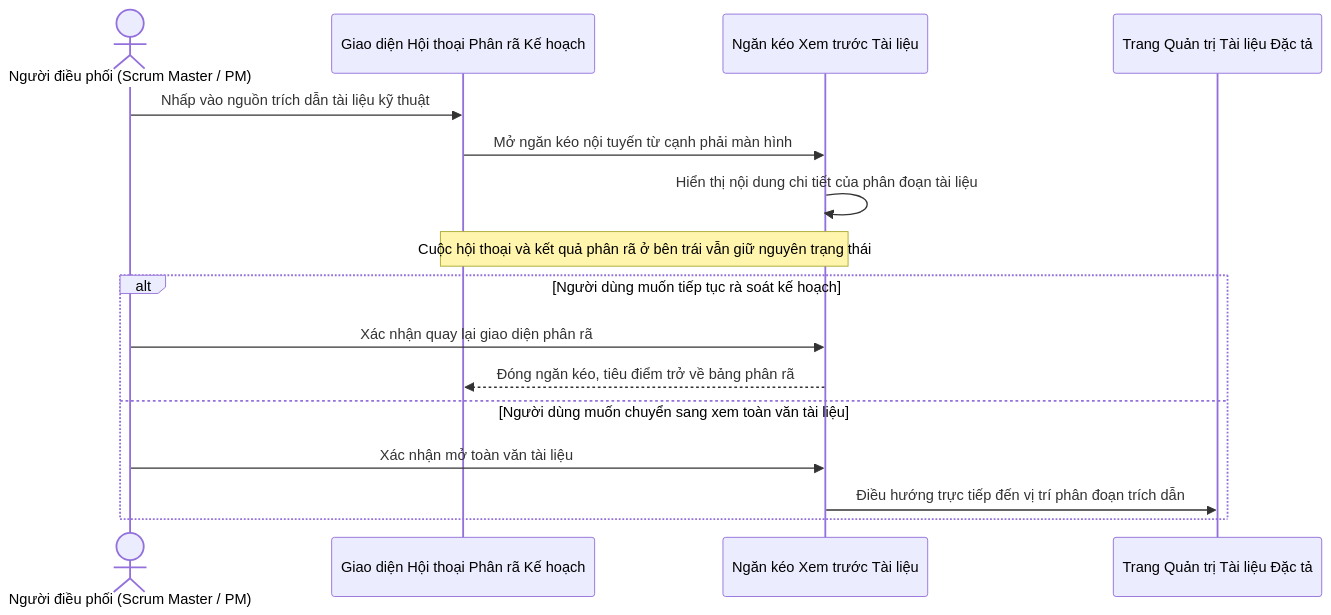
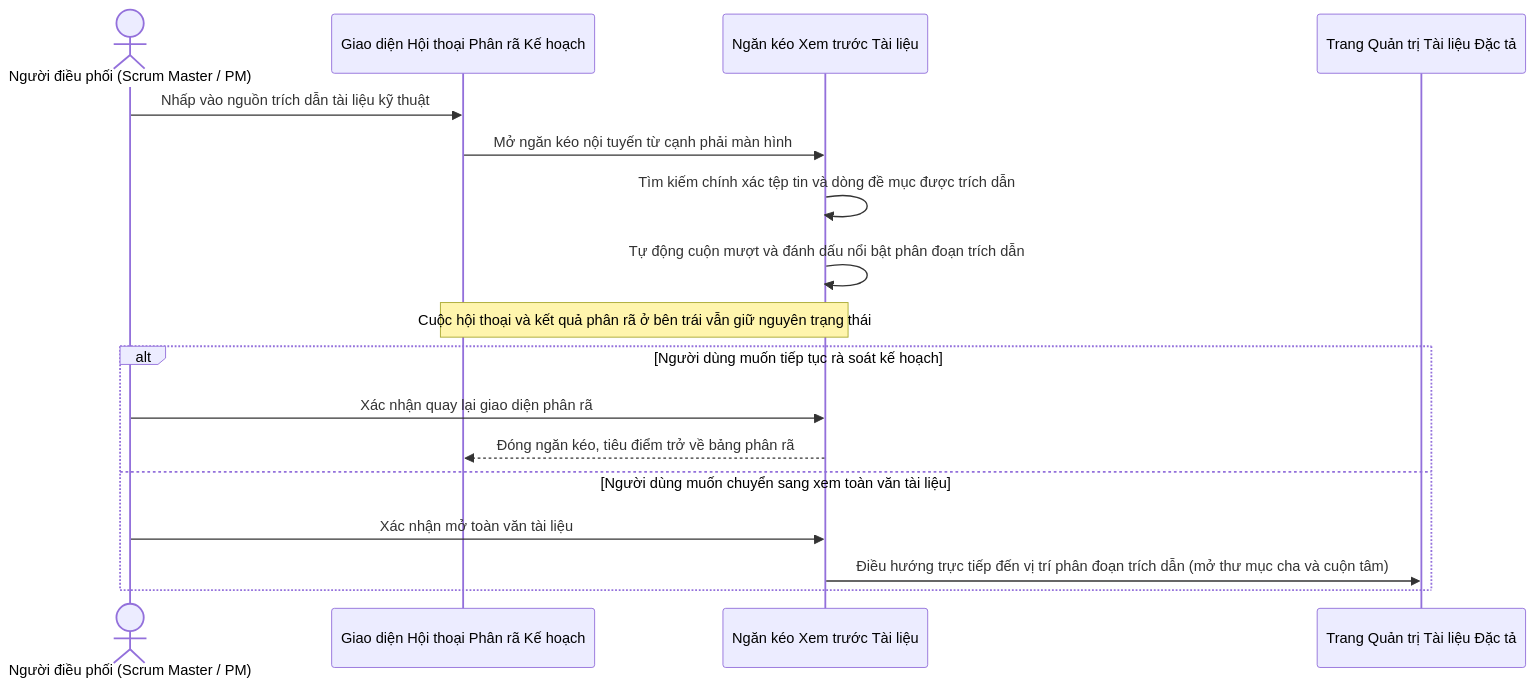
The third of 3 diagrams in docs/ai/04-rag-va-spec-hub-grounding.md (TranHoang2k40525/ProjectMgmt), drawn with Mermaid before and after one commit. The commit also changed other lines of this file and 8 other files, not shown here.

Commit message:
fix(spec-hub): khắc phục mở đúng tài liệu và cuộn chính xác phân đoạn trích dẫn

````diff
--- a/docs/ai/04-rag-va-spec-hub-grounding.md
+++ b/docs/ai/04-rag-va-spec-hub-grounding.md
@@ -87,20 +88,21 @@
 ```mermaid
 sequenceDiagram
     actor User as Người điều phối (Scrum Master / PM)
     participant UI as Giao diện Hội thoại Phân rã Kế hoạch
     participant Drawer as Ngăn kéo Xem trước Tài liệu
     participant Hub as Trang Quản trị Tài liệu Đặc tả
 
     User->>UI: Nhấp vào nguồn trích dẫn tài liệu kỹ thuật
     UI->>Drawer: Mở ngăn kéo nội tuyến từ cạnh phải màn hình
-    Drawer->>Drawer: Hiển thị nội dung chi tiết của phân đoạn tài liệu
+    Drawer->>Drawer: Tìm kiếm chính xác tệp tin và dòng đề mục được trích dẫn
+    Drawer->>Drawer: Tự động cuộn mượt và đánh dấu nổi bật phân đoạn trích dẫn
     Note over UI,Drawer: Cuộc hội thoại và kết quả phân rã ở bên trái vẫn giữ nguyên trạng thái
     
     alt Người dùng muốn tiếp tục rà soát kế hoạch
         User->>Drawer: Xác nhận quay lại giao diện phân rã
         Drawer-->>UI: Đóng ngăn kéo, tiêu điểm trở về bảng phân rã
     else Người dùng muốn chuyển sang xem toàn văn tài liệu
         User->>Drawer: Xác nhận mở toàn văn tài liệu
-        Drawer->>Hub: Điều hướng trực tiếp đến vị trí phân đoạn trích dẫn
+        Drawer->>Hub: Điều hướng trực tiếp đến vị trí phân đoạn trích dẫn (mở thư mục cha và cuộn tâm)
     end
 ```
````
